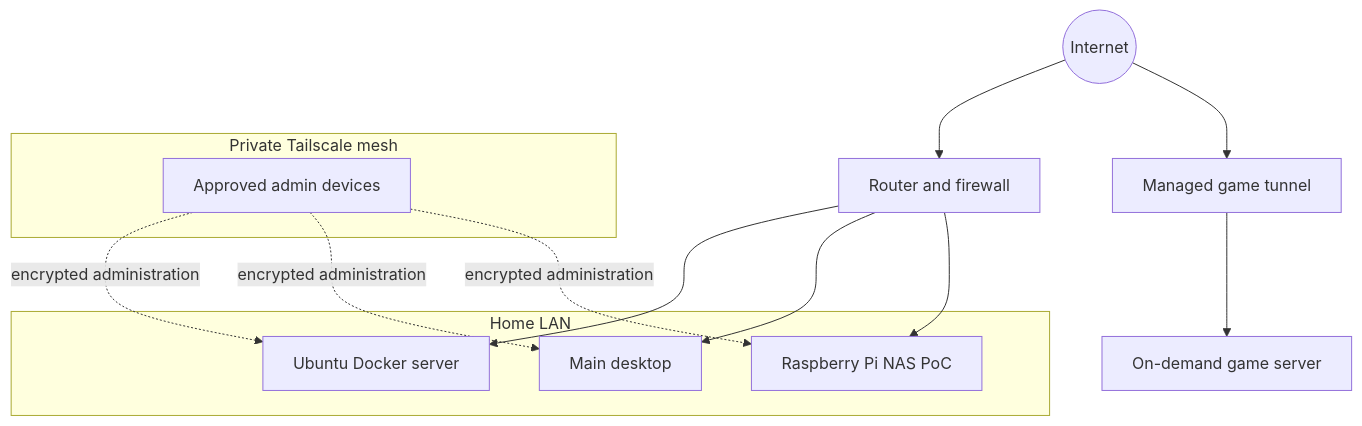
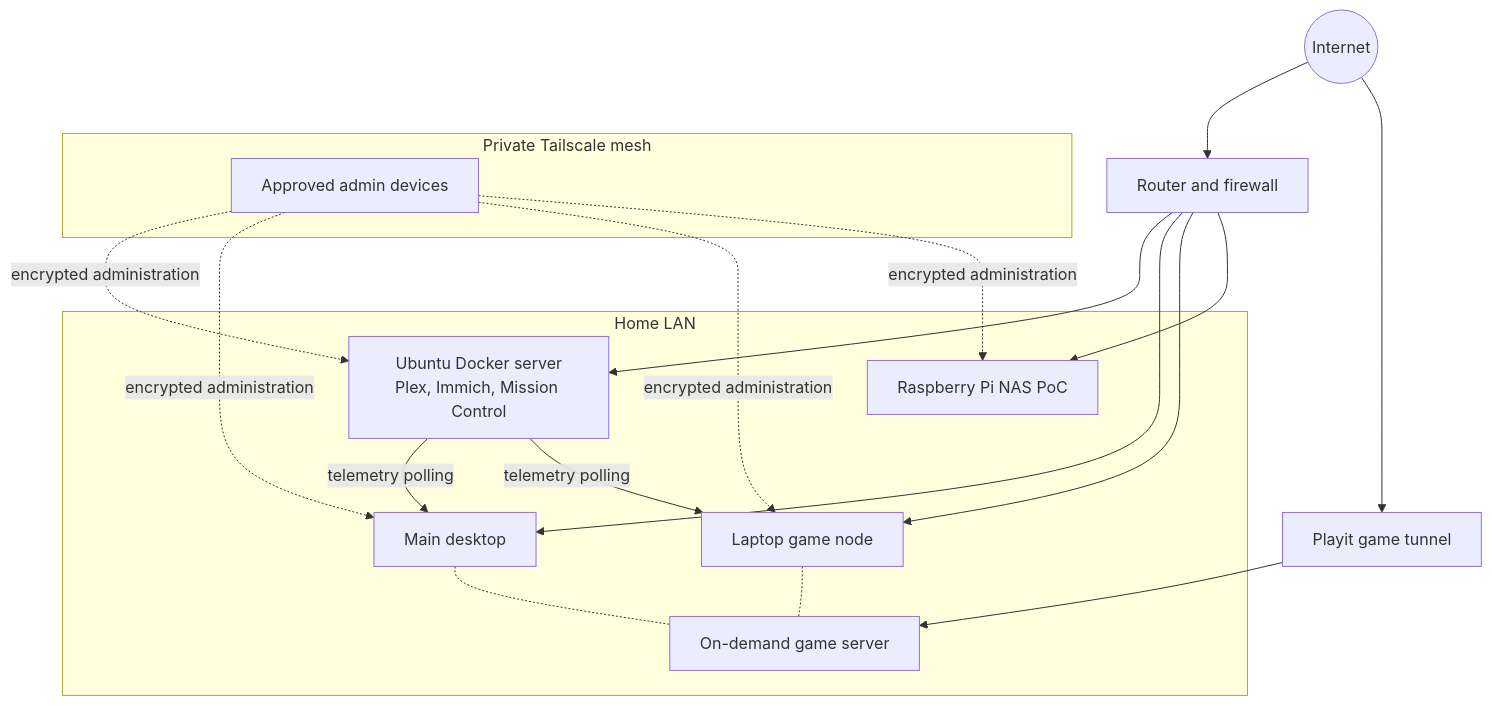
One commit to SaiAnumula/homelab changed the diagram in docs/network-topology.md. Above: the diagram before and after it, drawn with Mermaid. The commit also changed other lines of this file and 4 other files, not shown here.

````diff
--- a/docs/network-topology.md
+++ b/docs/network-topology.md
@@ -8,27 +8,34 @@
 ```mermaid
 flowchart TD
     Internet((Internet))
     Router["Router and firewall"]
-    Tunnel["Managed game tunnel"]
-    Game["On-demand game server"]
+    Tunnel["Playit game tunnel"]
 
     subgraph LAN["Home LAN"]
-        Server["Ubuntu Docker server"]
+        Server["Ubuntu Docker server<br/>Plex, Immich, Mission Control"]
         Desktop["Main desktop"]
+        Laptop["Laptop game node"]
         Pi["Raspberry Pi NAS PoC"]
+        Game["On-demand game server"]
     end
 
     subgraph Mesh["Private Tailscale mesh"]
         Admin["Approved admin devices"]
     end
 
     Internet --> Router
     Router --> Server
     Router --> Desktop
+    Router --> Laptop
     Router --> Pi
     Internet --> Tunnel
     Tunnel --> Game
+    Desktop -.- Game
+    Laptop -.- Game
+    Server -- "telemetry polling" --> Desktop
+    Server -- "telemetry polling" --> Laptop
     Admin -. "encrypted administration" .-> Server
     Admin -. "encrypted administration" .-> Desktop
+    Admin -. "encrypted administration" .-> Laptop
     Admin -. "encrypted administration" .-> Pi
 ```
````
